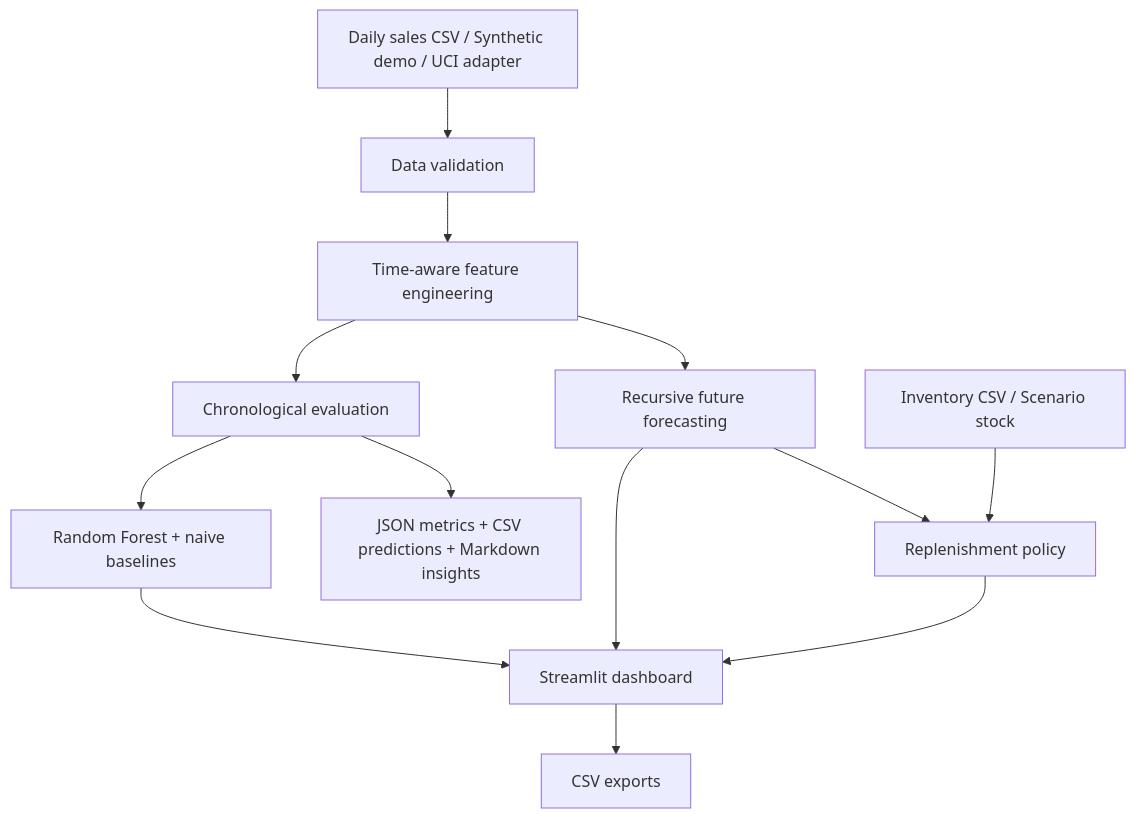
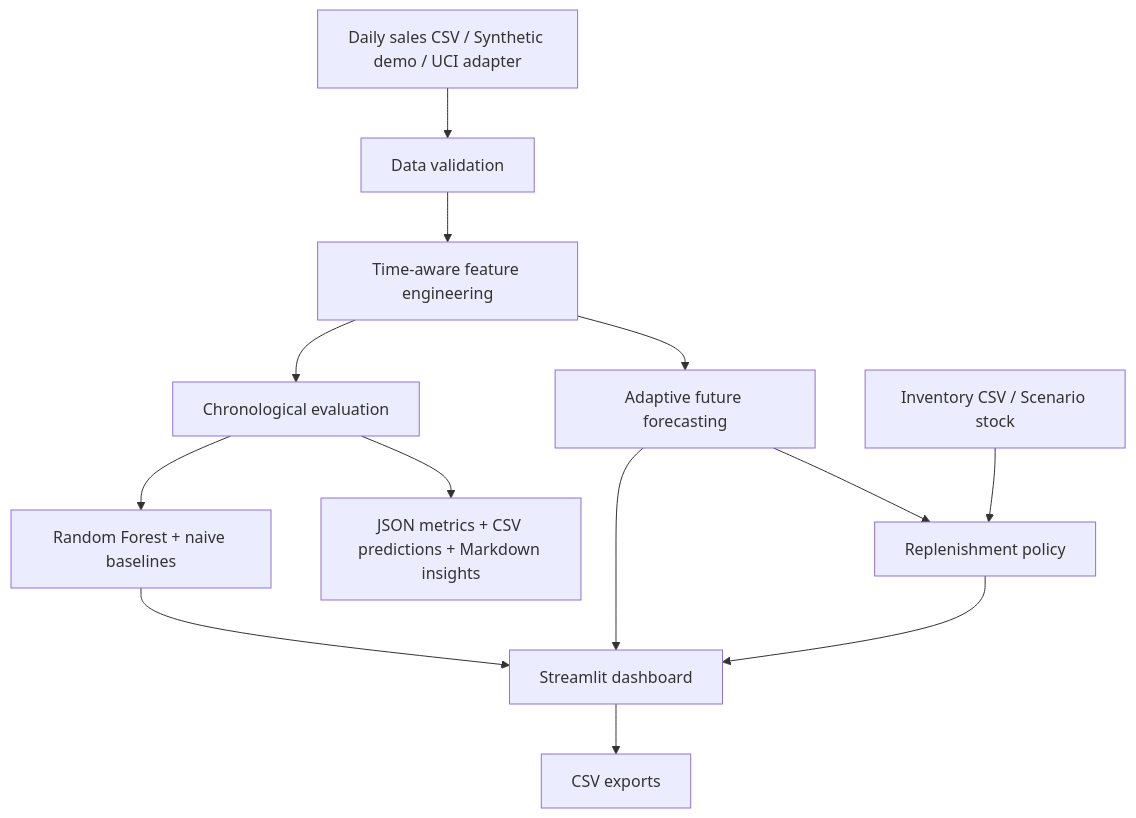
One commit to Naveed05/DemandIQ changed the diagram in README.md. Above: the diagram before and after it, drawn with Mermaid. The commit also changed other lines of this file and 4 other files, not shown here.

First line of the commit message:
Apply adaptive forecasting to future SKU predictions (#10)

````diff
--- a/README.md
+++ b/README.md
@@ -26,15 +26,15 @@
 ```mermaid
 flowchart TD
     A[Daily sales CSV / Synthetic demo / UCI adapter] --> B[Data validation]
     B --> C[Time-aware feature engineering]
     C --> D[Chronological evaluation]
     D --> E[Random Forest + naive baselines]
-    C --> F[Recursive future forecasting]
+    C --> F[Adaptive future forecasting]
     E --> G[Streamlit dashboard]
     F --> G
     H[Inventory CSV / Scenario stock] --> I[Replenishment policy]
     F --> I
     I --> G
     G --> J[CSV exports]
     D --> K[JSON metrics + CSV predictions + Markdown insights]
 ```
````
